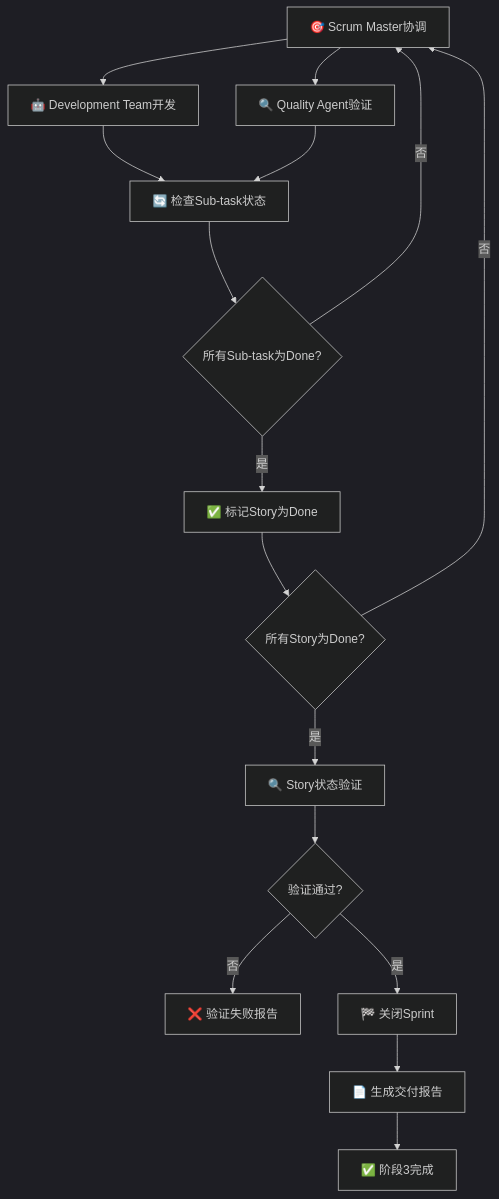
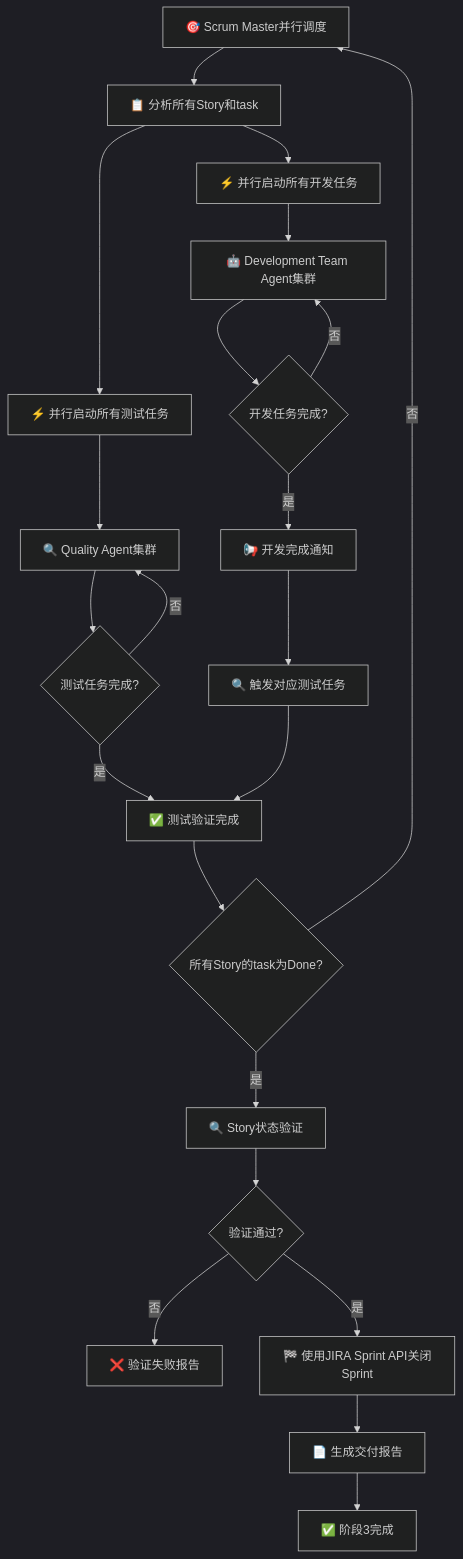
One commit to ouyangshixiong/context-engineering-zh changed the fourth of 12 diagrams in plugins/agile-marketplace/sprint-plugin/commands/快速sprint.md. Above: the diagram before and after it, drawn with Mermaid (dark theme). The commit also changed other lines of this file and 4 other files, not shown here.

````diff
--- a/plugins/agile-marketplace/sprint-plugin/commands/快速sprint.md
+++ b/plugins/agile-marketplace/sprint-plugin/commands/快速sprint.md
@@ -173,18 +180,29 @@
 ```mermaid
 flowchart TD
-    A[🎯 Scrum Master协调] --> B[🤖 Development Team开发]
-    A --> C[🔍 Quality Agent验证]
-    B --> D[🔄 检查Sub-task状态]
-    C --> D
-    D --> E{所有Sub-task为Done?}
-    E -->|否| A
-    E -->|是| F[✅ 标记Story为Done]
-    F --> G{所有Story为Done?}
-    G -->|否| A
-    G -->|是| H[🔍 Story状态验证]
-    H --> I{验证通过?}
-    I -->|否| J[❌ 验证失败报告]
-    I -->|是| K[🏁 关闭Sprint]
-    K --> L[📄 生成交付报告]
-    L --> M[✅ 阶段3完成]
+    A[🎯 Scrum Master并行调度] --> B[📋 分析所有Story和task]
+    B --> C[⚡ 并行启动所有开发任务]
+    B --> D[⚡ 并行启动所有测试任务]
+
+    C --> E[🤖 Development Team Agent集群]
+    D --> F[🔍 Quality Agent集群]
+
+    E --> G{开发任务完成?}
+    G -->|否| E
+    G -->|是| H[📢 开发完成通知]
+    H --> I[🔍 触发对应测试任务]
+
+    F --> J{测试任务完成?}
+    J -->|否| F
+    J -->|是| K[✅ 测试验证完成]
+
+    I --> K
+
+    K --> L{所有Story的task为Done?}
+    L -->|否| A
+    L -->|是| M[🔍 Story状态验证]
+    M --> N{验证通过?}
+    N -->|否| O[❌ 验证失败报告]
+    N -->|是| P[🏁 使用JIRA Sprint API关闭Sprint]
+    P --> Q[📄 生成交付报告]
+    Q --> R[✅ 阶段3完成]
 ```
````
